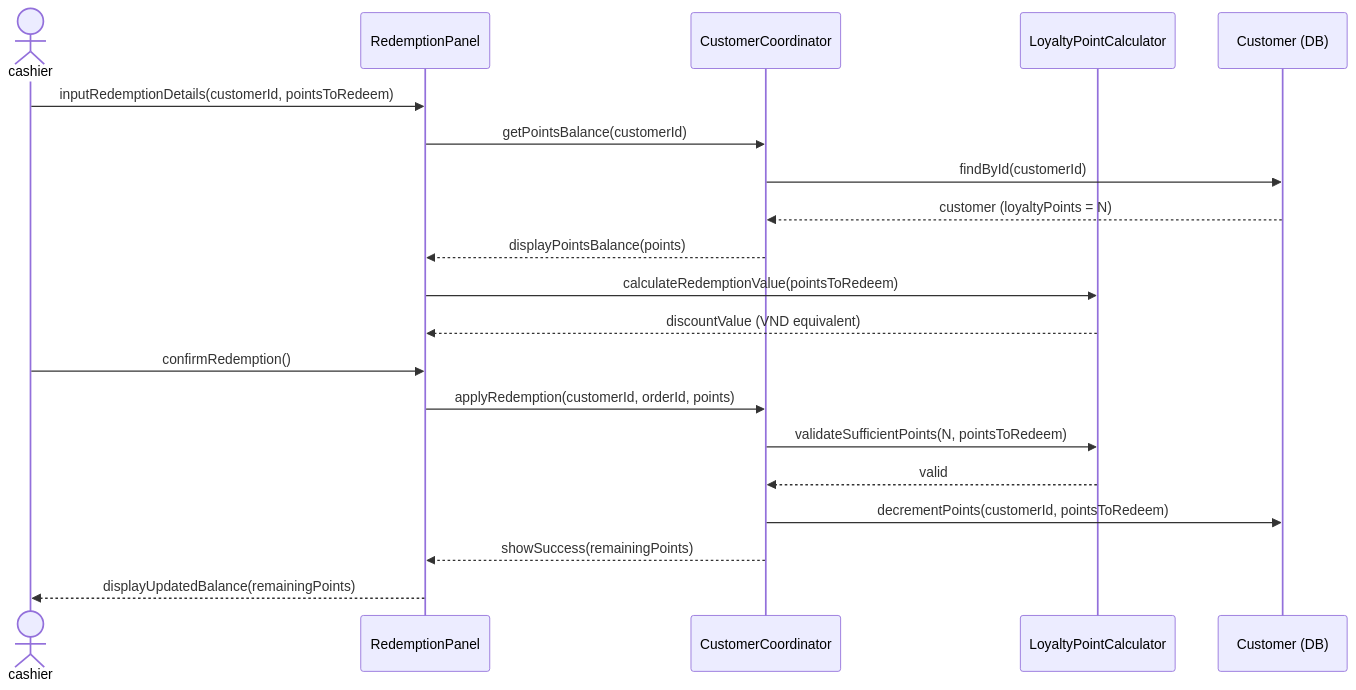
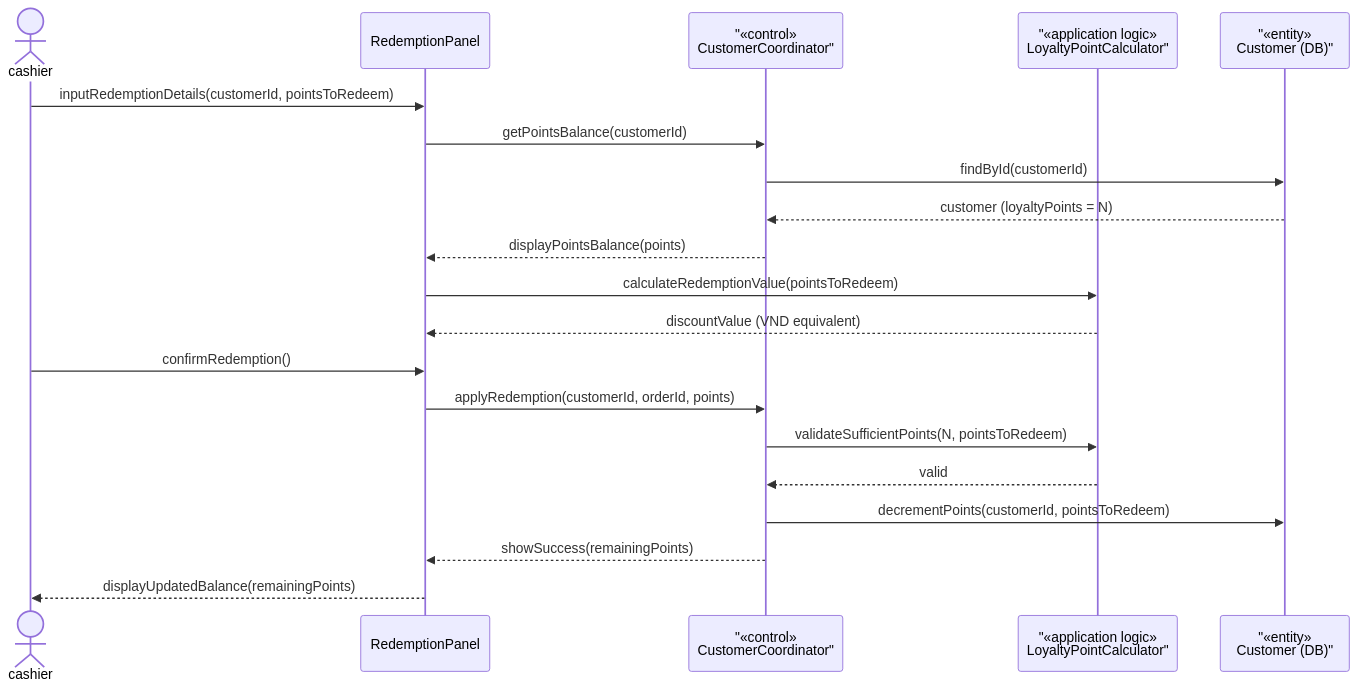
The third of 3 diagrams in rds_sections/08_detailed_3_5_customer_membership.md (Shaichi/Khoga_coffe_shop), drawn with Mermaid before and after one commit. The commit also changed other lines of this file and 13 other files, not shown here.

````diff
--- a/rds_sections/08_detailed_3_5_customer_membership.md
+++ b/rds_sections/08_detailed_3_5_customer_membership.md
@@ -97,25 +97,25 @@
 ```mermaid
 sequenceDiagram
     actor cashier
     participant RedemptionPanel
-    participant CustomerCoord as CustomerCoordinator
-    participant LoyaltyCalc as LoyaltyPointCalculator
-    participant CustomerDB as Customer (DB)
+participant CustomerCoord as "«control»<br/>CustomerCoordinator"
+participant LoyaltyCalc as "«application logic»<br/>LoyaltyPointCalculator"
+participant CustomerDB as "«entity»<br/>Customer (DB)"
 
     cashier->>RedemptionPanel: inputRedemptionDetails(customerId, pointsToRedeem)
     RedemptionPanel->>CustomerCoord: getPointsBalance(customerId)
     CustomerCoord->>CustomerDB: findById(customerId)
     CustomerDB-->>CustomerCoord: customer (loyaltyPoints = N)
     CustomerCoord-->>RedemptionPanel: displayPointsBalance(points)
 
     RedemptionPanel->>LoyaltyCalc: calculateRedemptionValue(pointsToRedeem)
     LoyaltyCalc-->>RedemptionPanel: discountValue (VND equivalent)
 
     cashier->>RedemptionPanel: confirmRedemption()
     RedemptionPanel->>CustomerCoord: applyRedemption(customerId, orderId, points)
     CustomerCoord->>LoyaltyCalc: validateSufficientPoints(N, pointsToRedeem)
     LoyaltyCalc-->>CustomerCoord: valid
     CustomerCoord->>CustomerDB: decrementPoints(customerId, pointsToRedeem)
     CustomerCoord-->>RedemptionPanel: showSuccess(remainingPoints)
     RedemptionPanel-->>cashier: displayUpdatedBalance(remainingPoints)
 ```
````
